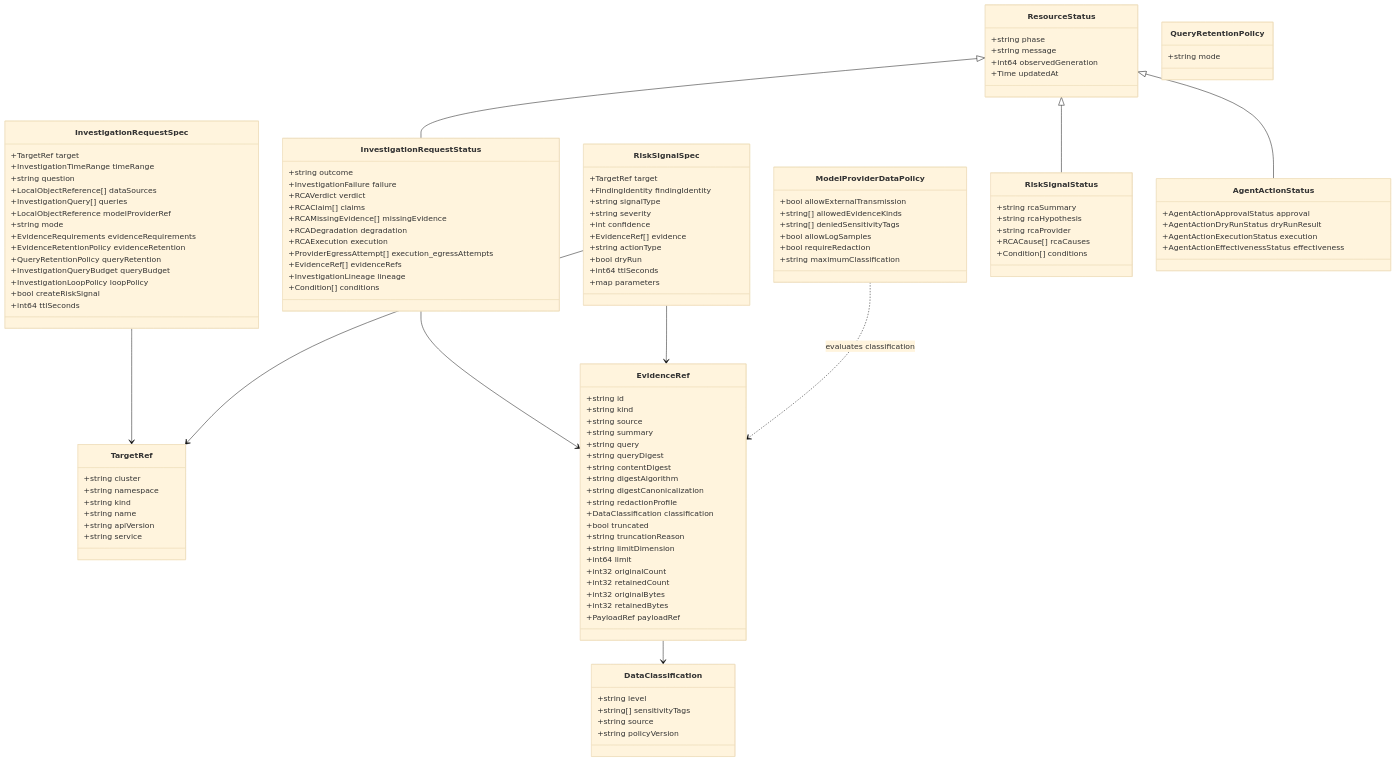
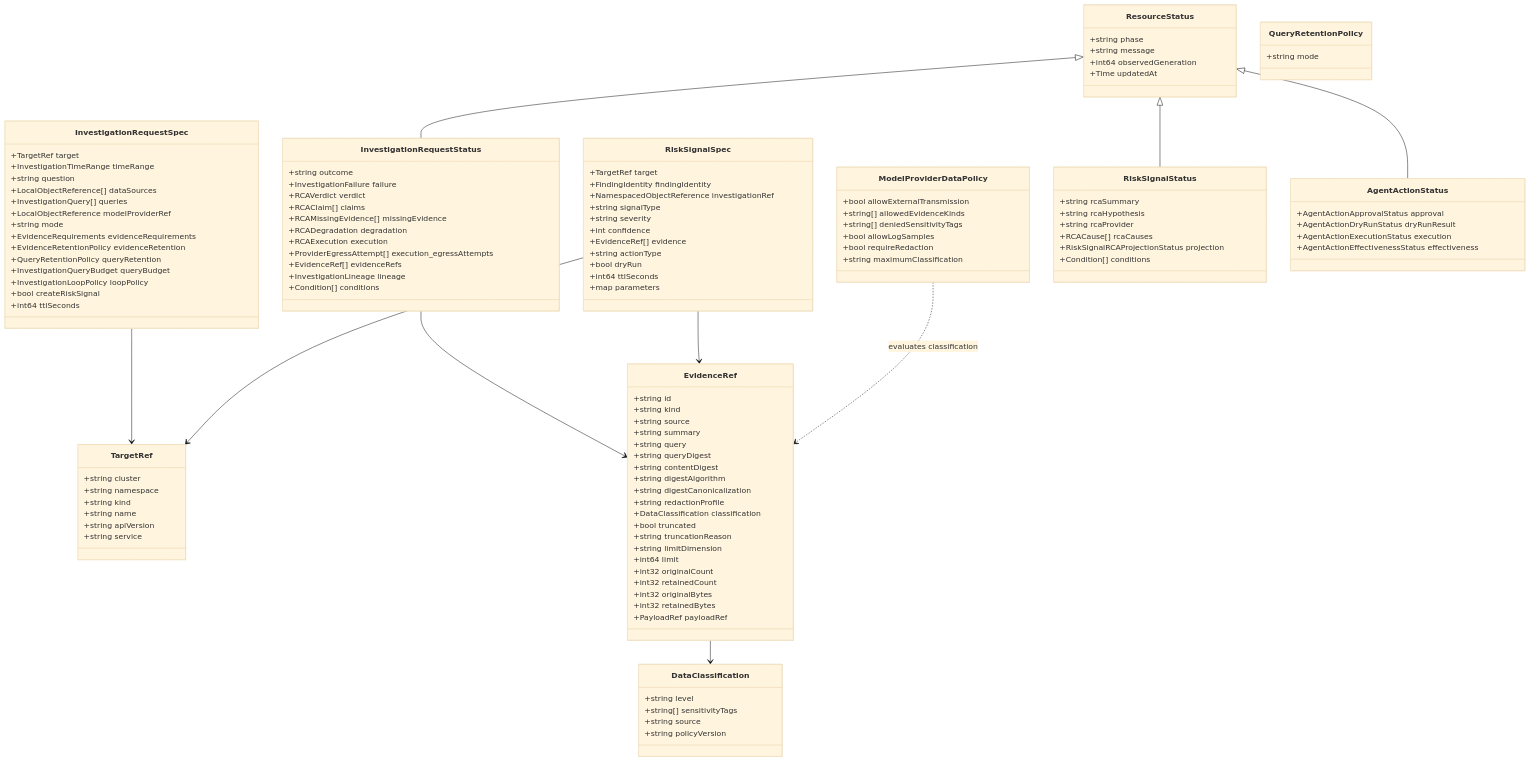
The fourth of 18 diagrams in docs/architecture/mermaid-diagrams.md (FluxSeer/fluxseer-rca), drawn with Mermaid (base theme) before and after one commit. The commit also changed other lines of this file and 10 other files, not shown here.

Commit message:
feat: add RiskSignal projection metadata

```diff
--- a/docs/architecture/mermaid-diagrams.md
+++ b/docs/architecture/mermaid-diagrams.md
@@ -355,6 +357,7 @@
     class RiskSignalSpec {
         +TargetRef target
         +FindingIdentity findingIdentity
+        +NamespacedObjectReference investigationRef
         +string signalType
         +string severity
         +int confidence
@@ -370,6 +373,7 @@
         +string rcaHypothesis
         +string rcaProvider
         +RCACause[] rcaCauses
+        +RiskSignalRCAProjectionStatus projection
         +Condition[] conditions
     }
 
```
